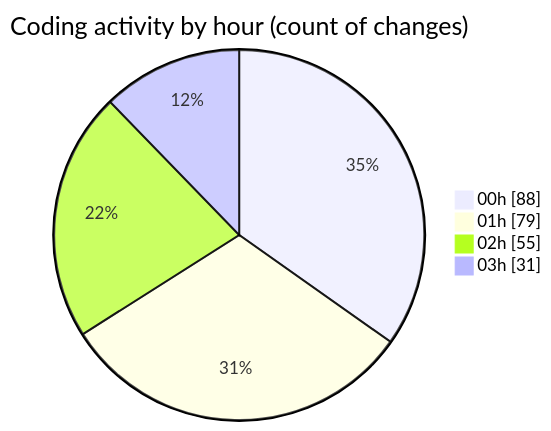
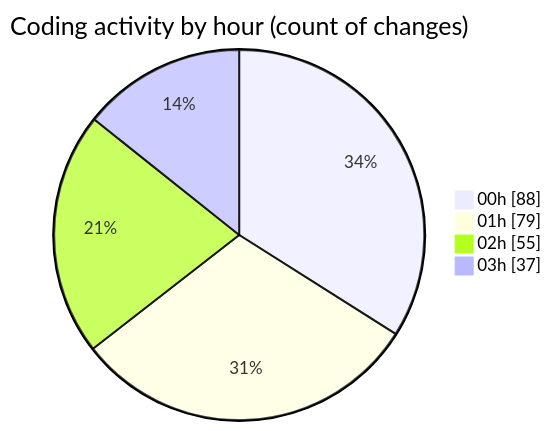
One commit to lephambinh05/code-tracking changed the second of 2 diagrams in 2025-08-16/rentotp/README.md. Above: the diagram before and after it, drawn with Mermaid. The commit also changed other lines of this file and 1 other file, not shown here.

````diff
--- a/2025-08-16/rentotp/README.md
+++ b/2025-08-16/rentotp/README.md
@@ -59,8 +61,8 @@
 ```mermaid
 pie showData
 title Coding activity by hour (count of changes)
 "00h" : 88
 "01h" : 79
 "02h" : 55
-"03h" : 31
+"03h" : 37
 ```
````
